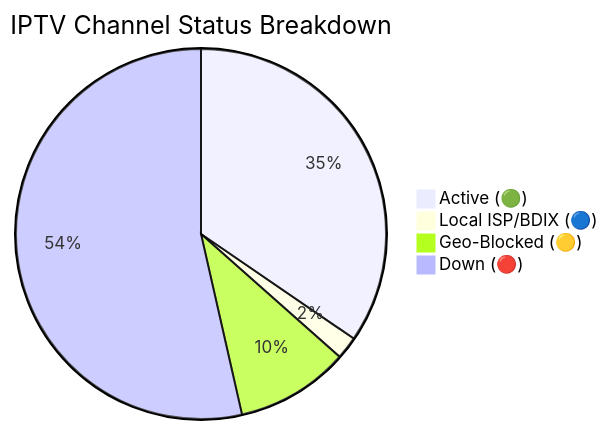
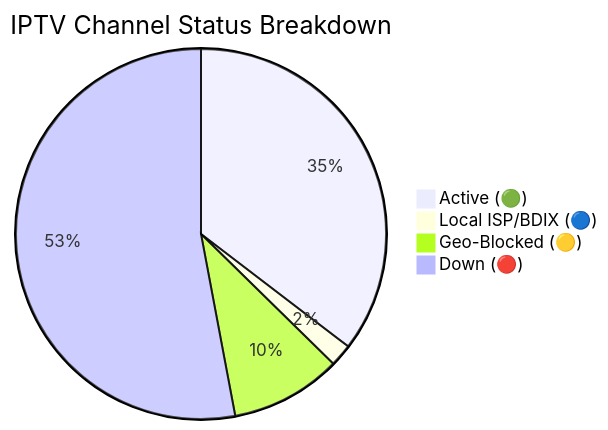
The diagram in README.md (andreataylord/Ip-tv-Collection), drawn with Mermaid before and after one commit. The commit also changed other lines of this file and 2 other files, not shown here.

````diff
--- a/README.md
+++ b/README.md
@@ -59,7 +59,7 @@
 ```mermaid
 pie title IPTV Channel Status Breakdown
-    "Active (🟢)" : 2230
+    "Active (🟢)" : 2304
     "Local ISP/BDIX (🔵)" : 128
-    "Geo-Blocked (🟡)" : 639
-    "Down (🔴)" : 3456
+    "Geo-Blocked (🟡)" : 631
+    "Down (🔴)" : 3449
 ```
````
